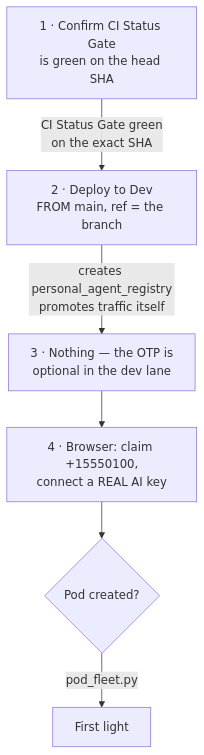
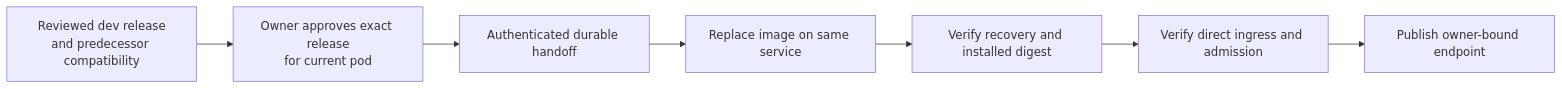
One commit to hushh-labs/hushh-research changed the diagram in docs/reference/operations/dev-pod-first-light-runbook.md. Above: the diagram before and after it, drawn with Mermaid. The commit also changed other lines of this file and 2 other files, not shown here.

Commit message:
Document dev deployment and BYOC direct-access gate

````diff
--- a/docs/reference/operations/dev-pod-first-light-runbook.md
+++ b/docs/reference/operations/dev-pod-first-light-runbook.md
@@ -126,8 +5,9 @@
 ```mermaid
-flowchart TB
-  A["1 · Confirm CI Status Gate<br/>is green on the head SHA"] -->|"CI Status Gate green<br/>on the exact SHA"| B
-  B["2 · Deploy to Dev<br/>FROM main, ref = the branch"] -->|"creates personal_agent_registry<br/>promotes traffic itself"| C
-  C["3 · Nothing — the OTP is<br/>optional in the dev lane"] --> D
-  D["4 · Browser: claim +15550100,<br/>connect a REAL AI key"] --> E{"Pod created?"}
-  E -->|"pod_fleet.py"| F["First light"]
+flowchart LR
+  A["Reviewed dev release<br/>and predecessor compatibility"] --> B["Owner approves exact release<br/>for current pod"]
+  B --> C["Authenticated durable handoff"]
+  C --> D["Replace image on same service"]
+  D --> E["Verify recovery and installed digest"]
+  E --> F["Verify direct ingress and admission"]
+  F --> G["Publish owner-bound endpoint"]
 ```
````
